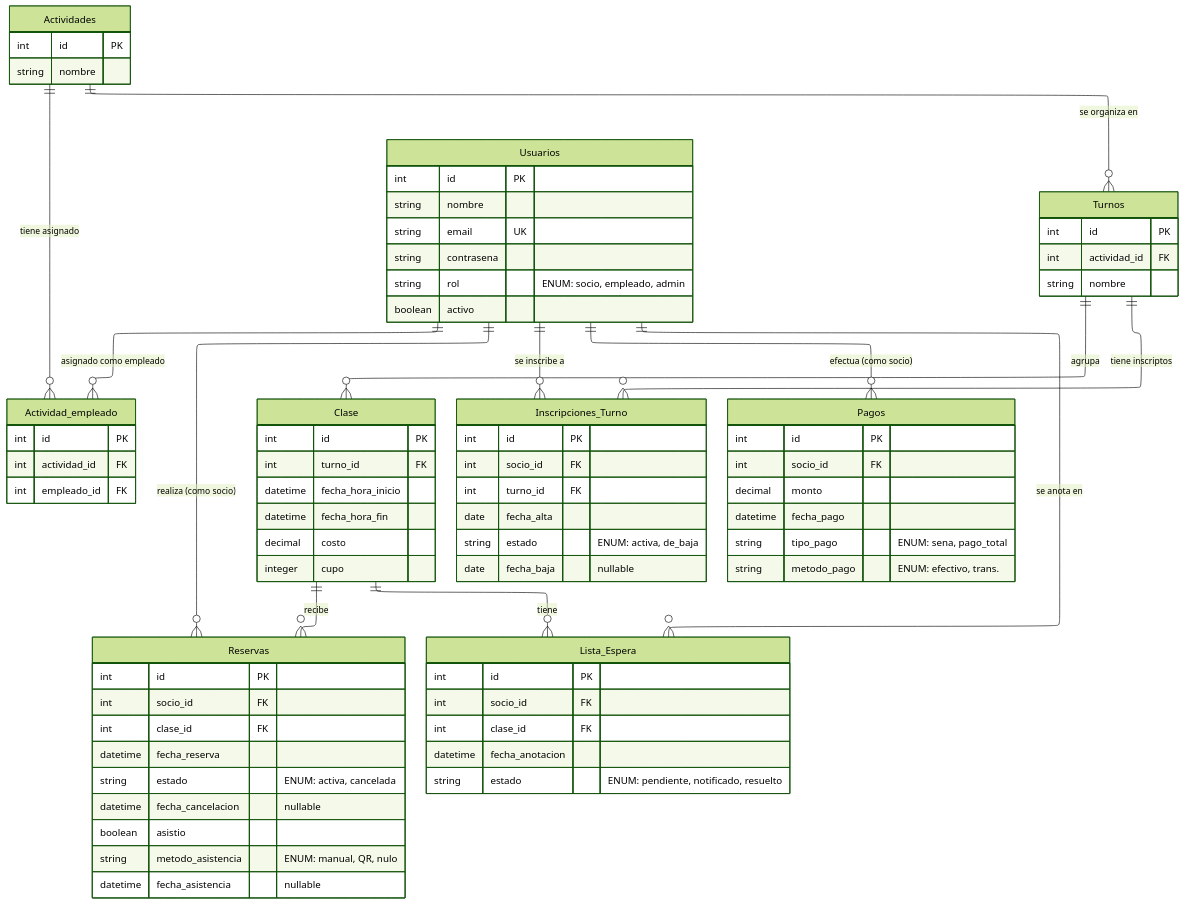
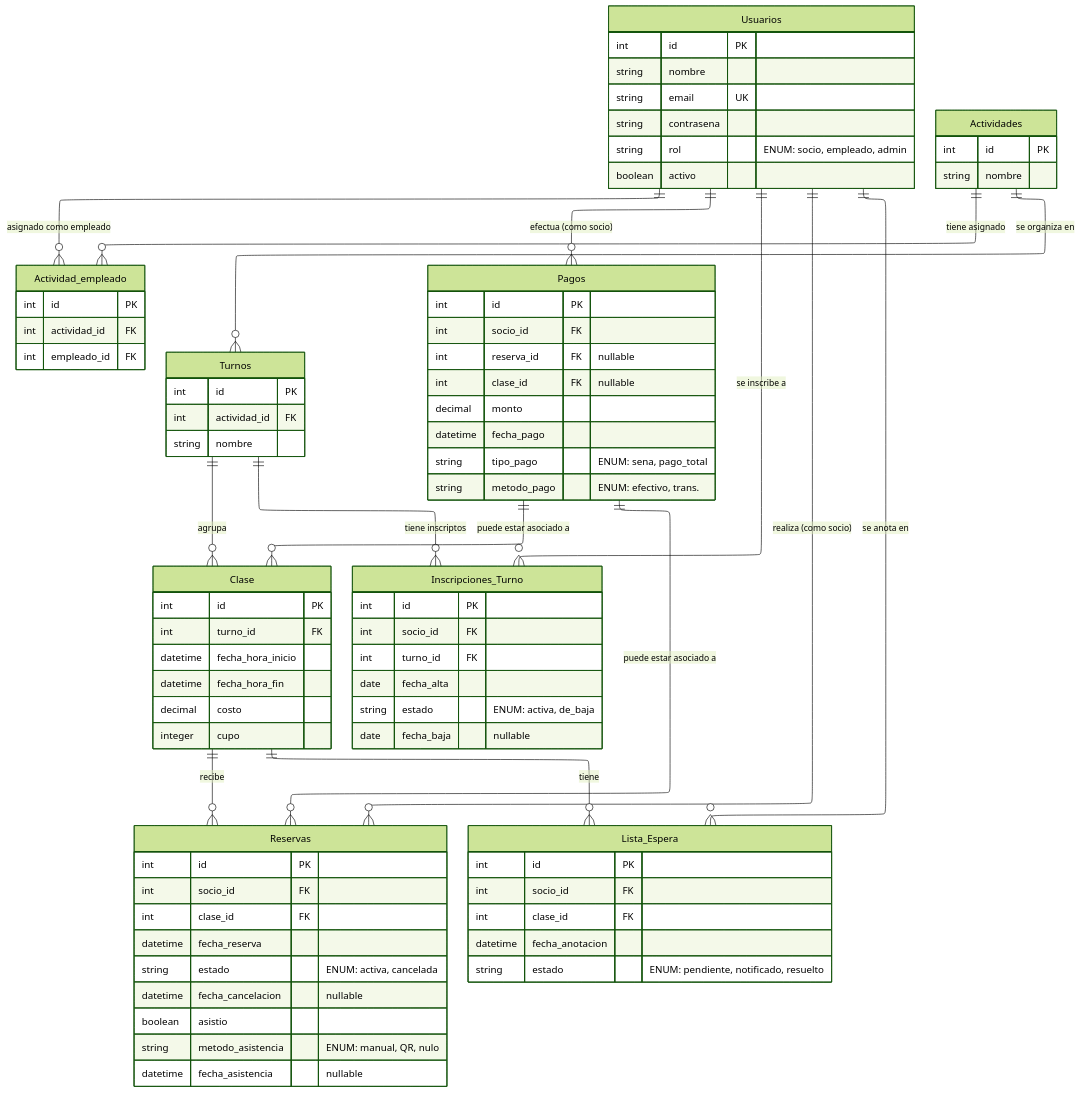
The diagram in docs/Sprint-0/Diseño.md (ElianDFernandez/INGE-2), drawn with Mermaid (forest theme) before and after one commit.

Commit message:
Diagrama

`````diff
--- a/docs/Sprint-0/Diseño.md
+++ b/docs/Sprint-0/Diseño.md
@@ -160,6 +160,8 @@
     Pagos {
         int id PK
         int socio_id FK
+        int reserva_id FK "nullable"
+        int clase_id FK "nullable"
         decimal monto
         datetime fecha_pago
         string tipo_pago "ENUM: sena, pago_total"
@@ -184,4 +186,7 @@
     Clase ||--o{ Lista_Espera : "tiene"
     
     Usuarios ||--o{ Pagos : "efectua (como socio)"
+
+    Pagos ||--o{ Reservas : "puede estar asociado a"
+    Pagos ||--o{ Clase : "puede estar asociado a"
 ````
`````
